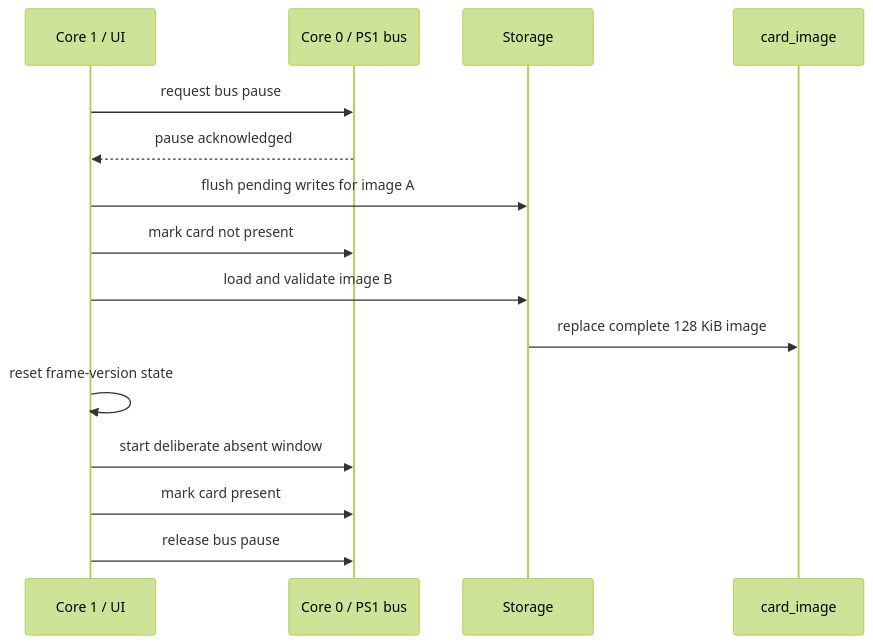
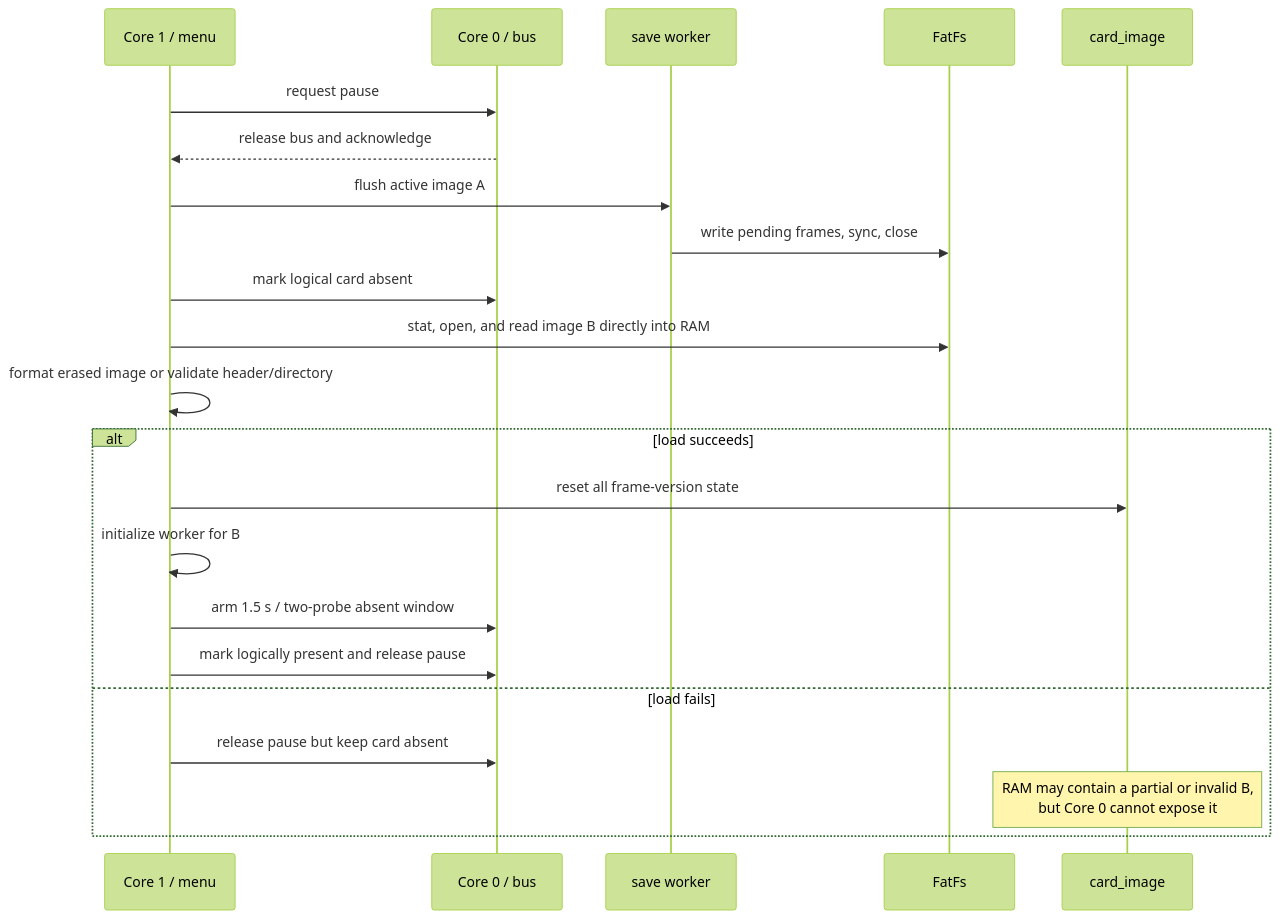
The third of 3 diagrams in docs/persistence.md (Blachovsky/PS-microCard), drawn with Mermaid (forest theme) before and after one commit. The commit also changed other lines of this file and 8 other files, not shown here.

````diff
--- a/docs/persistence.md
+++ b/docs/persistence.md
@@ -129,18 +114,25 @@
 ```mermaid
 sequenceDiagram
-    participant UI as Core 1 / UI
-    participant C0 as Core 0 / PS1 bus
-    participant SD as Storage
+    participant UI as Core 1 / menu
+    participant C0 as Core 0 / bus
+    participant WORKER as save worker
+    participant FS as FatFs
     participant RAM as card_image
 
-    UI->>C0: request bus pause
-    C0-->>UI: pause acknowledged
-    UI->>SD: flush pending writes for image A
-    UI->>C0: mark card not present
-    UI->>SD: load and validate image B
-    SD->>RAM: replace complete 128 KiB image
-    UI->>UI: reset frame-version state
-    UI->>C0: start deliberate absent window
-    UI->>C0: mark card present
-    UI->>C0: release bus pause
+    UI->>C0: request pause
+    C0-->>UI: release bus and acknowledge
+    UI->>WORKER: flush active image A
+    WORKER->>FS: write pending frames, sync, close
+    UI->>C0: mark logical card absent
+    UI->>FS: stat, open, and read image B directly into RAM
+    UI->>UI: format erased image or validate header/directory
+    alt load succeeds
+        UI->>RAM: reset all frame-version state
+        UI->>UI: initialize worker for B
+        UI->>C0: arm 1.5 s / two-probe absent window
+        UI->>C0: mark logically present and release pause
+    else load fails
+        UI->>C0: release pause but keep card absent
+        Note over RAM: RAM may contain a partial or invalid B,<br/>but Core 0 cannot expose it
+    end
 ```
````
